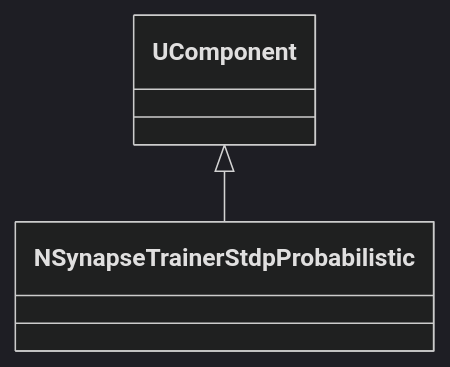
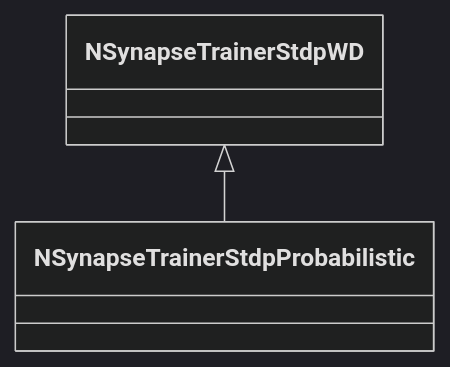
The second of 2 diagrams in Docs/Components/NSynapseTrainerStdpProbabilistic.md (aicommunity/Nmsdk-PulseLib), drawn with Mermaid (dark theme) before and after one commit. The commit also changed other lines of this file and 196 other files, not shown here.

````diff
--- a/Docs/Components/NSynapseTrainerStdpProbabilistic.md
+++ b/Docs/Components/NSynapseTrainerStdpProbabilistic.md
@@ -69,4 +64,4 @@
 ```mermaid
 classDiagram
-    UComponent <|-- NSynapseTrainerStdpProbabilistic
+    NSynapseTrainerStdpWD <|-- NSynapseTrainerStdpProbabilistic
 ```
````
